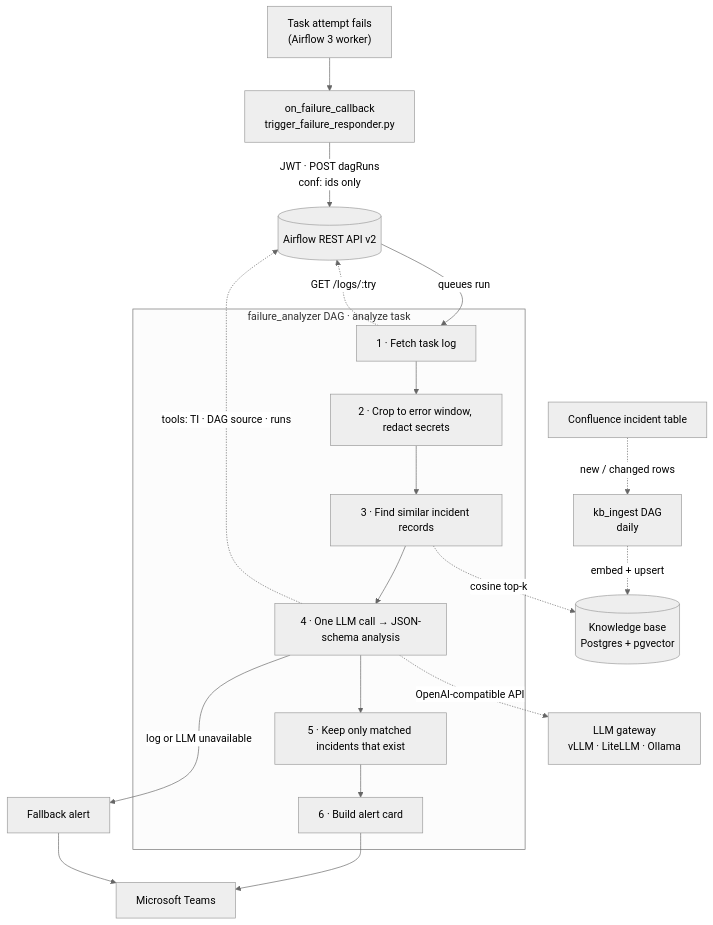
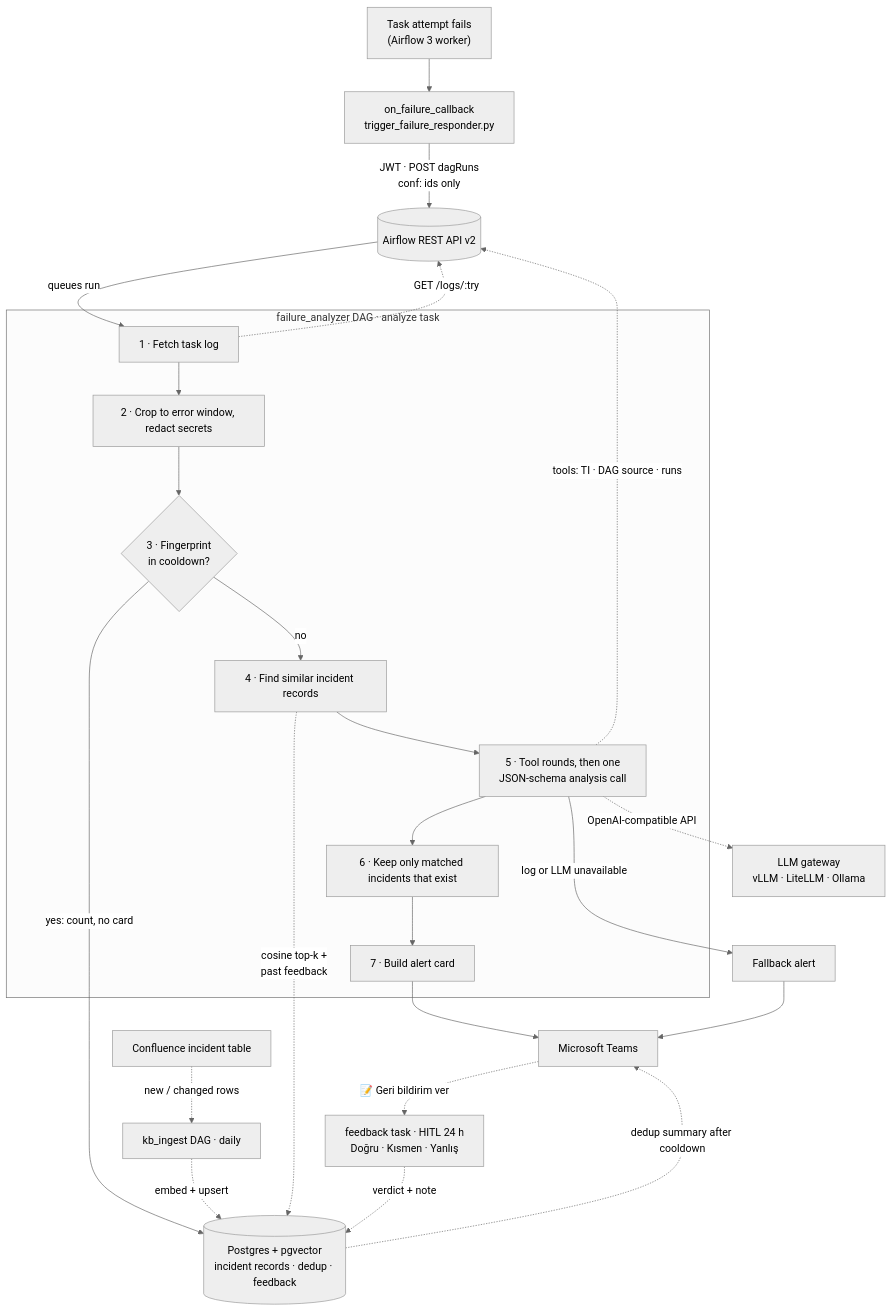
The diagram in README.md (simsektalha/airflow-alert-system), drawn with Mermaid (neutral theme) before and after one commit. The commit also changed other lines of this file, not shown here.

First line of the commit message:
docs: README matches the current flow

````diff
--- a/README.md
+++ b/README.md
@@ -11,25 +11,31 @@
 ```mermaid
 flowchart TB
     fail["Task attempt fails<br/>(Airflow 3 worker)"] --> cb["on_failure_callback<br/>trigger_failure_responder.py"]
     cb -- "JWT · POST dagRuns<br/>conf: ids only" --> api[("Airflow REST API v2")]
     api -- "queues run" --> fetch
 
-    subgraph responder["failure_analyzer DAG · analyze task"]
+    subgraph analyzer["failure_analyzer DAG · analyze task"]
         fetch["1 · Fetch task log"] --> crop["2 · Crop to error window, redact secrets"]
-        crop --> find["3 · Find similar incident records"]
-        find --> llm["4 · One LLM call → JSON-schema analysis"]
-        llm --> map["5 · Keep only matched incidents that exist"]
-        map --> card["6 · Build alert card"]
+        crop --> dedup{"3 · Fingerprint<br/>in cooldown?"}
+        dedup -- "no" --> find["4 · Find similar incident records"]
+        find --> llm["5 · Tool rounds, then one<br/>JSON-schema analysis call"]
+        llm --> map["6 · Keep only matched incidents that exist"]
+        map --> card["7 · Build alert card"]
     end
+    dedup -- "yes: count, no card" --> pg
 
-    ingest["kb_ingest DAG<br/>daily"]
+    ingest["kb_ingest DAG · daily"]
+    hitl["feedback task · HITL 24 h<br/>Doğru · Kısmen · Yanlış"]
 
     fetch -. "GET /logs/:try" .-> api
     conf["Confluence incident table"] -. "new / changed rows" .-> ingest
-    ingest -. "embed + upsert" .-> kb[("Knowledge base<br/>Postgres + pgvector")]
-    find -. "cosine top-k" .-> kb
+    ingest -. "embed + upsert" .-> pg[("Postgres + pgvector<br/>incident records · dedup · feedback")]
+    find -. "cosine top-k +<br/>past feedback" .-> pg
     llm -. "tools: TI · DAG source · runs" .-> api
     llm -. "OpenAI-compatible API" .-> gw["LLM gateway<br/>vLLM · LiteLLM · Ollama"]
     card --> teams["Microsoft Teams"]
     llm -- "log or LLM unavailable" --> fb["Fallback alert"] --> teams
+    pg -. "dedup summary after cooldown" .-> teams
+    teams -. "📝 Geri bildirim ver" .-> hitl
+    hitl -. "verdict + note" .-> pg
 ```
````
